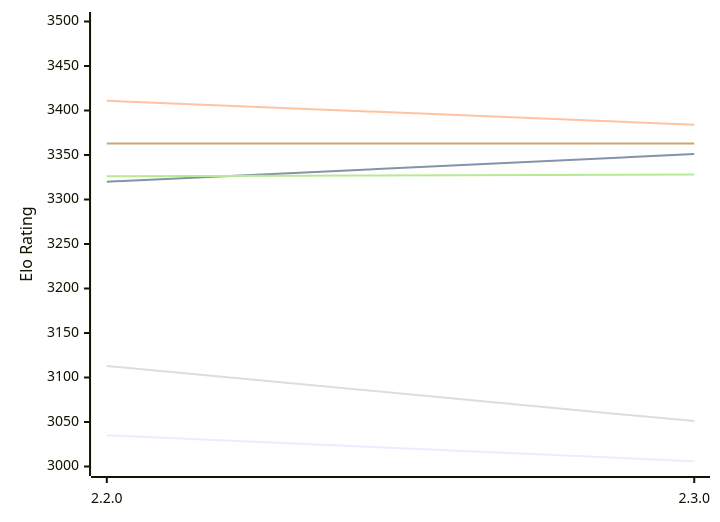
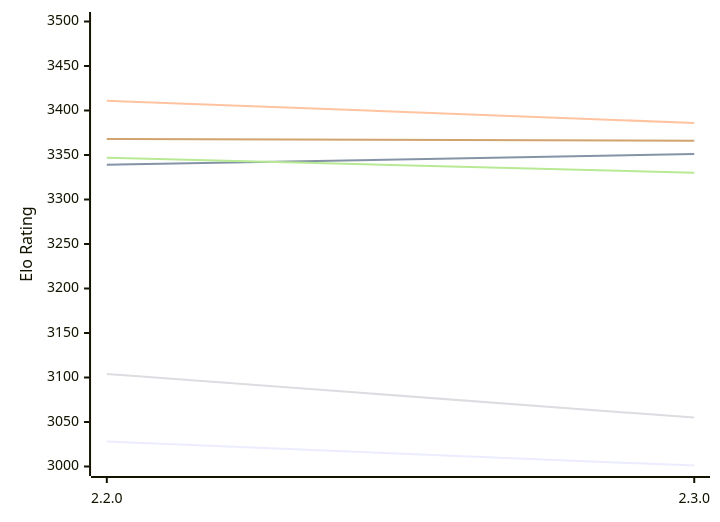
The diagram in engines/Endspiel.md (computer-chess-index/cci), drawn with Mermaid before and after one commit. The commit also changed other lines of this file, not shown here.

Commit message:
Update CCI Ratings (ELO VLTC) - 2026-11-24

````diff
--- a/engines/Endspiel.md
+++ b/engines/Endspiel.md
@@ -49,12 +49,12 @@
 ```mermaid
 %%{init: {"theme":"base","themeVariables":{"seriesColors:['#a3a3a3','#222221','#faa371']}}}%%
 xychart-beta
   x-axis ["2.2.0", "2.3.0"]
   y-axis "Elo Rating" 3000 --> 3500
-  line "E1: STC (8.0+0.08s)" [3035, 3006]
-  line "E1: LTC (60.0+0.60s)" [3320, 3351]
-  line "E1: VLTC (2m24s+1.12s)" [3411, 3384]
-  line "P1: STC (8.0+0.08s)" [3113, 3051]
-  line "P1: LTC (60.0+0.60s)" [3326, 3328]
-  line "P1: VLTC (2m24s+1.12s)" [3363, 3363]
+  line "E1: STC (8.0+0.08s)" [3028, 3001]
+  line "E1: LTC (60.0+0.60s)" [3339, 3351]
+  line "E1: VLTC (2m24s+1.12s)" [3411, 3386]
+  line "P1: STC (8.0+0.08s)" [3104, 3055]
+  line "P1: LTC (60.0+0.60s)" [3347, 3330]
+  line "P1: VLTC (2m24s+1.12s)" [3368, 3366]
 ```
````
